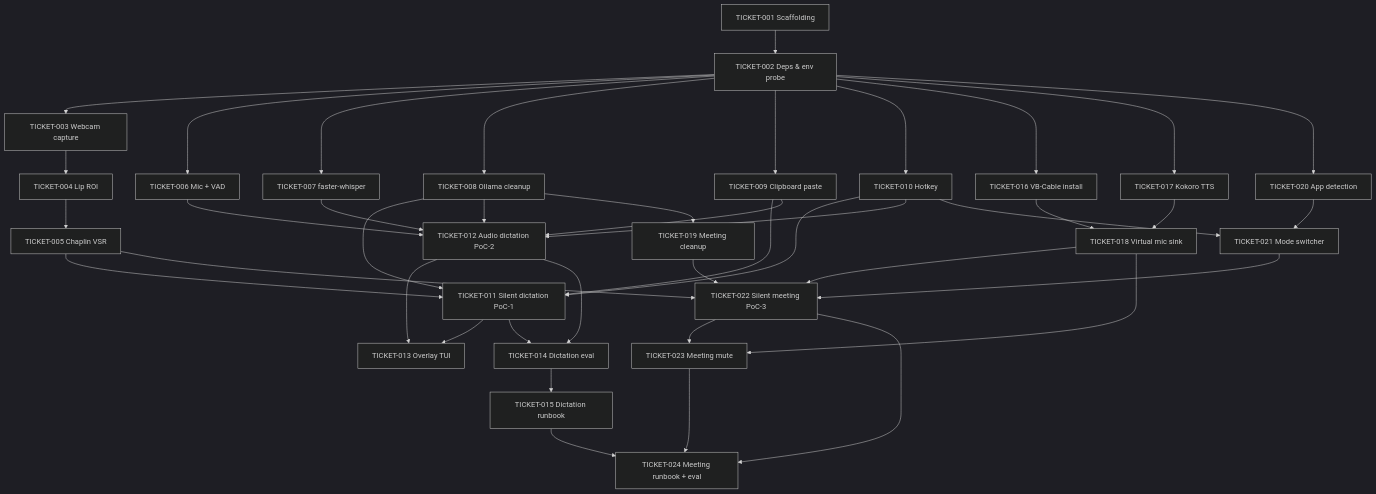
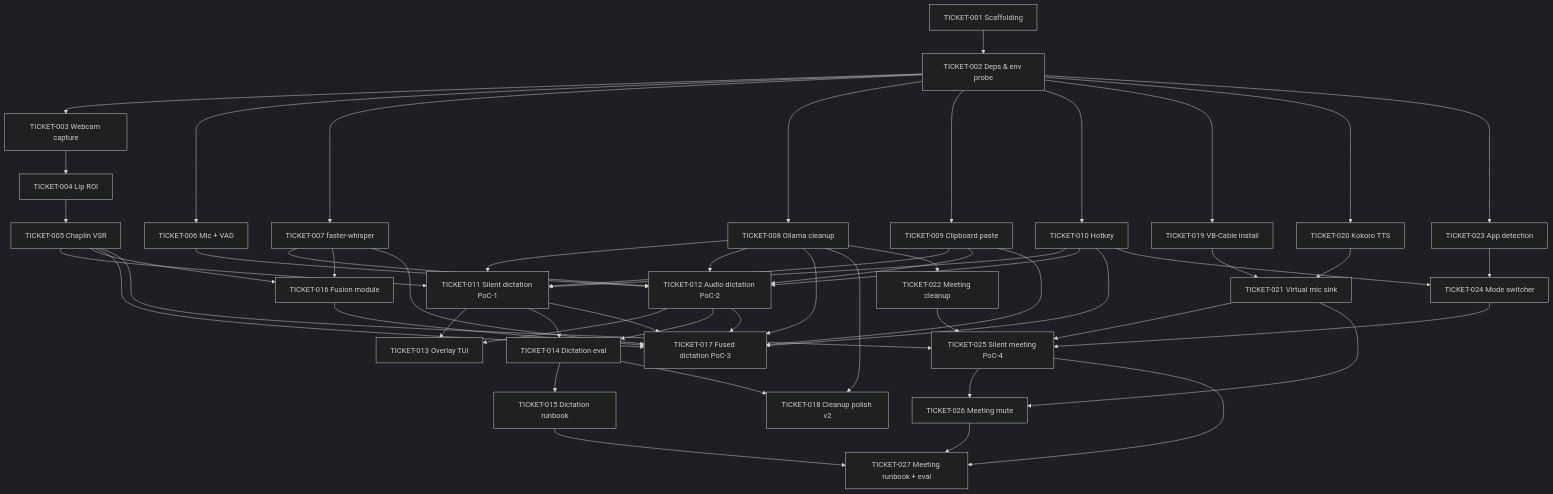
One commit to kapilansatkunanathanneuralace/Sabi_mouthing_speech changed the diagram in tickets/README.md. Above: the diagram before and after it, drawn with Mermaid (dark theme). The commit also changed other lines of this file and 59 other files, not shown here.

````diff
--- a/tickets/README.md
+++ b/tickets/README.md
@@ -77,15 +83,18 @@
   T013[TICKET-013 Overlay TUI]
   T014[TICKET-014 Dictation eval]
   T015[TICKET-015 Dictation runbook]
-  T016[TICKET-016 VB-Cable install]
-  T017[TICKET-017 Kokoro TTS]
-  T018[TICKET-018 Virtual mic sink]
-  T019[TICKET-019 Meeting cleanup]
-  T020[TICKET-020 App detection]
-  T021[TICKET-021 Mode switcher]
-  T022[TICKET-022 Silent meeting PoC-3]
-  T023[TICKET-023 Meeting mute]
-  T024[TICKET-024 Meeting runbook + eval]
+  T016[TICKET-016 Fusion module]
+  T017[TICKET-017 Fused dictation PoC-3]
+  T018[TICKET-018 Cleanup polish v2]
+  T019[TICKET-019 VB-Cable install]
+  T020[TICKET-020 Kokoro TTS]
+  T021[TICKET-021 Virtual mic sink]
+  T022[TICKET-022 Meeting cleanup]
+  T023[TICKET-023 App detection]
+  T024[TICKET-024 Mode switcher]
+  T025[TICKET-025 Silent meeting PoC-4]
+  T026[TICKET-026 Meeting mute]
+  T027[TICKET-027 Meeting runbook + eval]
 
   T001 --> T002
   T002 --> T003
@@ -94,9 +103,9 @@
   T002 --> T008
   T002 --> T009
   T002 --> T010
-  T002 --> T016
-  T002 --> T017
+  T002 --> T019
   T002 --> T020
+  T002 --> T023
   T003 --> T004
   T004 --> T005
   T005 --> T011
@@ -113,18 +122,30 @@
   T011 --> T014
   T012 --> T014
   T014 --> T015
-  T016 --> T018
-  T017 --> T018
-  T008 --> T019
-  T010 --> T021
+  T005 --> T016
+  T007 --> T016
+  T016 --> T017
+  T005 --> T017
+  T007 --> T017
+  T008 --> T017
+  T009 --> T017
+  T010 --> T017
+  T011 --> T017
+  T012 --> T017
+  T008 --> T018
+  T014 --> T018
+  T019 --> T021
   T020 --> T021
-  T005 --> T022
-  T018 --> T022
-  T019 --> T022
-  T021 --> T022
-  T018 --> T023
-  T022 --> T023
-  T015 --> T024
-  T022 --> T024
+  T008 --> T022
+  T010 --> T024
   T023 --> T024
+  T005 --> T025
+  T021 --> T025
+  T022 --> T025
+  T024 --> T025
+  T021 --> T026
+  T025 --> T026
+  T015 --> T027
+  T025 --> T027
+  T026 --> T027
 ```
````
